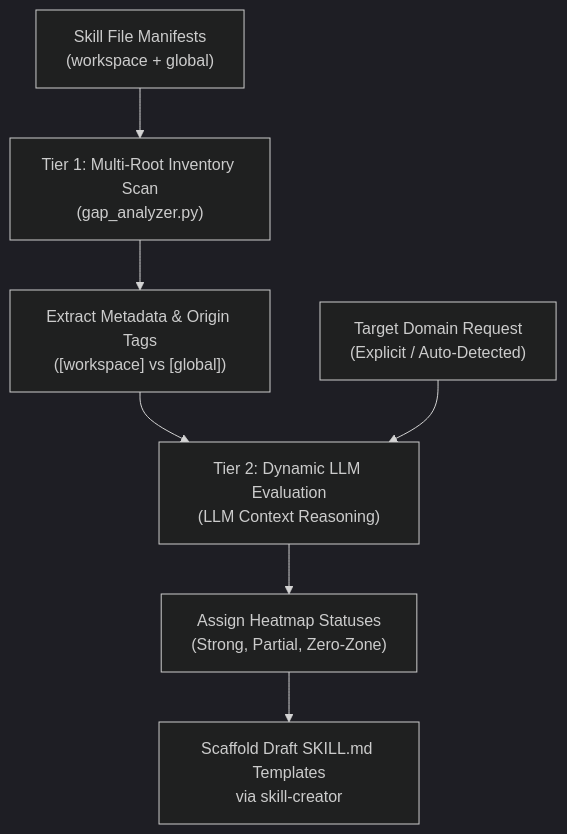
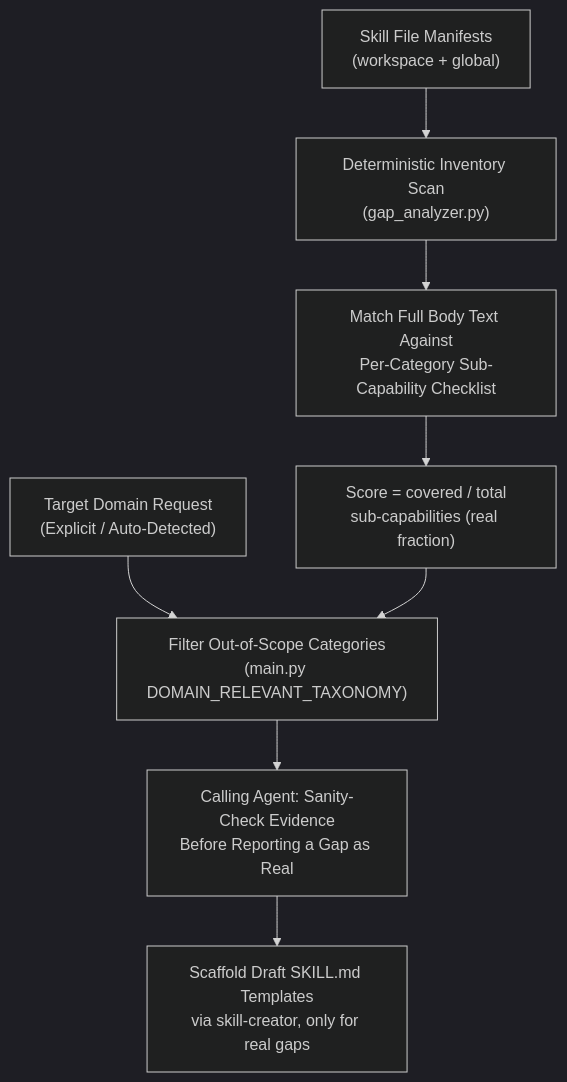
One commit to louis-pvs/agent-skills changed the diagram in skills/capability-gap-analyzer/references/overview.md. Above: the diagram before and after it, drawn with Mermaid (dark theme). The commit also changed other lines of this file and 4 other files, not shown here.

Commit message:
refactor: replace LLM semantic evaluation with deterministic sub-capability checklist scoring and explicit agent-led verification

````diff
--- a/skills/capability-gap-analyzer/references/overview.md
+++ b/skills/capability-gap-analyzer/references/overview.md
@@ -11,14 +19,15 @@
 ```mermaid
 flowchart TD
     A["Skill File Manifests<br>(workspace + global)"] --> B
-    B["Tier 1: Multi-Root Inventory Scan<br>(gap_analyzer.py)"] --> C
-    C["Extract Metadata & Origin Tags<br>([workspace] vs [global])"]
-    
+    B["Deterministic Inventory Scan<br>(gap_analyzer.py)"] --> C
+    C["Match Full Body Text Against<br>Per-Category Sub-Capability Checklist"]
+
     C --> D
-    D["Tier 2: Dynamic LLM Evaluation<br>(LLM Context Reasoning)"]
-    E["Target Domain Request<br>(Explicit / Auto-Detected)"] --> D
-    
+    D["Score = covered / total<br>sub-capabilities (real fraction)"]
+    E["Target Domain Request<br>(Explicit / Auto-Detected)"] --> F
+
     D --> F
-    F["Assign Heatmap Statuses<br>(Strong, Partial, Zero-Zone)"] --> G
-    G["Scaffold Draft SKILL.md Templates<br>via skill-creator"]
+    F["Filter Out-of-Scope Categories<br>(main.py DOMAIN_RELEVANT_TAXONOMY)"] --> G
+    G["Calling Agent: Sanity-Check Evidence<br>Before Reporting a Gap as Real"] --> H
+    H["Scaffold Draft SKILL.md Templates<br>via skill-creator, only for real gaps"]
 ```
````
